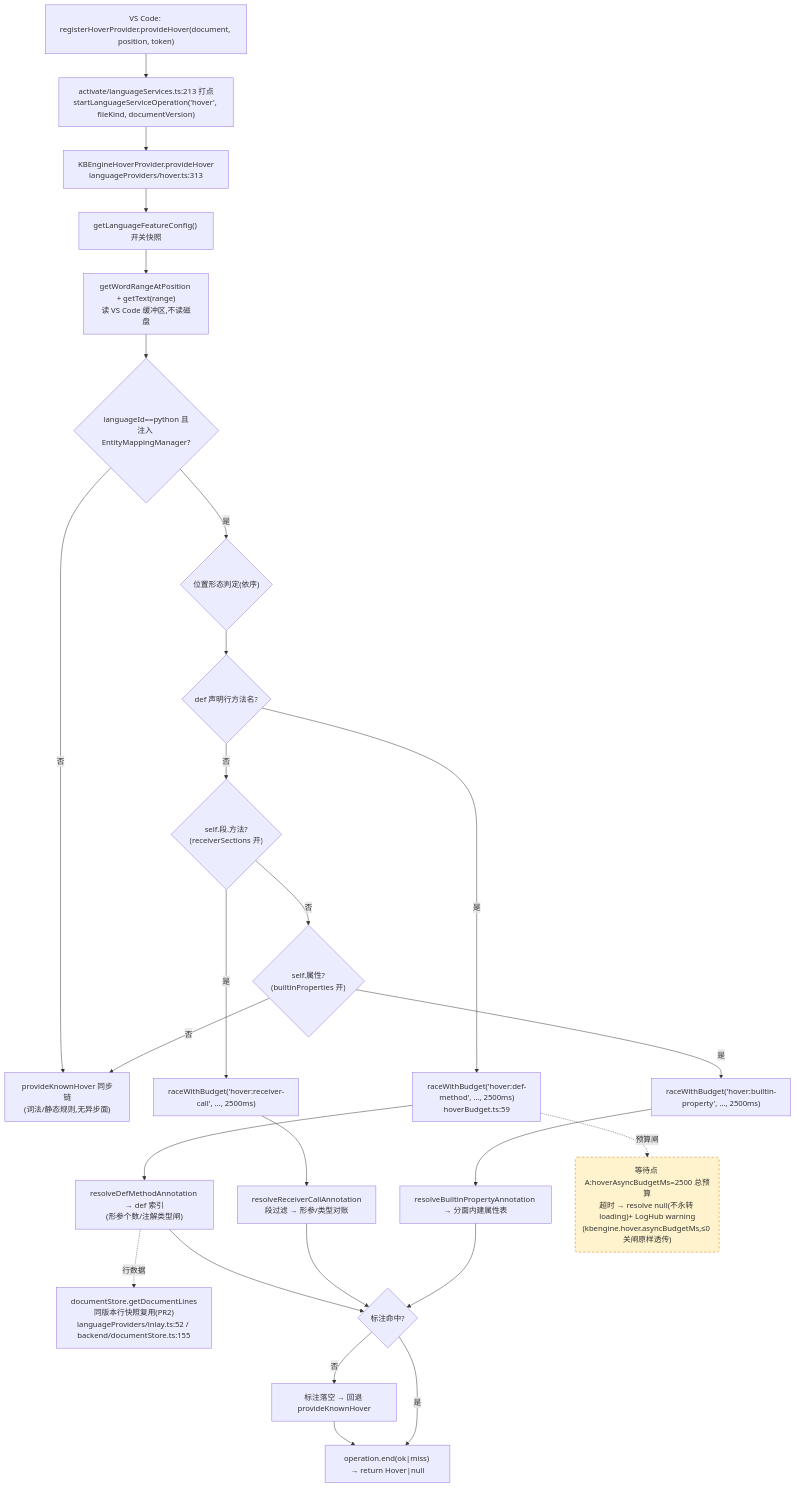
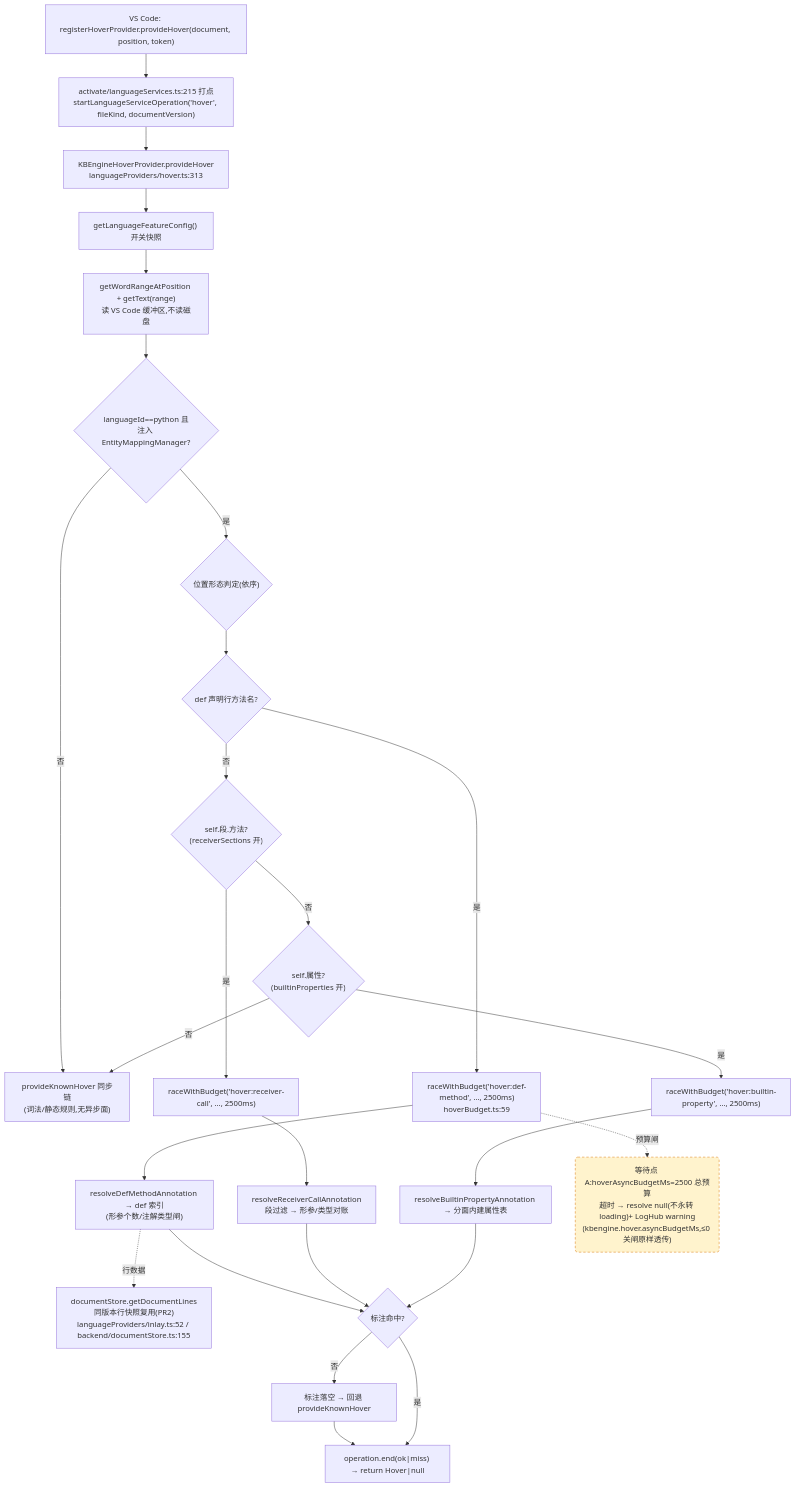
The first of 4 diagrams in docs/perf/2026-baseline.md (cuihairu/kode), drawn with Mermaid before and after one commit. The commit also changed other lines of this file and 23 other files, not shown here.

````diff
--- a/docs/perf/2026-baseline.md
+++ b/docs/perf/2026-baseline.md
@@ -99,45 +100,45 @@
 ```mermaid
 flowchart TD
   VC1["VS Code: registerHoverProvider.provideHover(document, position, token)"]
-  M1["activate/languageServices.ts:213 打点<br/>startLanguageServiceOperation('hover', fileKind, documentVersion)"]
+  M1["activate/languageServices.ts:215 打点<br/>startLanguageServiceOperation('hover', fileKind, documentVersion)"]
   HP["KBEngineHoverProvider.provideHover<br/>languageProviders/hover.ts:313"]
   CFG["getLanguageFeatureConfig() 开关快照"]
   WORD["getWordRangeAtPosition + getText(range)<br/>读 VS Code 缓冲区,不读磁盘"]
   BR{"languageId==python 且<br/>注入 EntityMappingManager?"}
   KN["provideKnownHover 同步链<br/>(词法/静态规则,无异步面)"]
   POS{"位置形态判定(依序)"}
   D1{"def 声明行方法名?"}
   D2{"self.段.方法?<br/>(receiverSections 开)"}
   D3{"self.属性?<br/>(builtinProperties 开)"}
   RA1["raceWithBudget('hover:def-method', …, 2500ms)<br/>hoverBudget.ts:59"]
   RA2["raceWithBudget('hover:receiver-call', …, 2500ms)"]
   RA3["raceWithBudget('hover:builtin-property', …, 2500ms)"]
   RS1["resolveDefMethodAnnotation → def 索引<br/>(形参个数/注解类型闸)"]
   RS2["resolveReceiverCallAnnotation<br/>段过滤 → 形参/类型对账"]
   RS3["resolveBuiltinPropertyAnnotation → 分面内建属性表"]
   LINES["documentStore.getDocumentLines<br/>同版本行快照复用(PR2)<br/>languageProviders/inlay.ts:52 / backend/documentStore.ts:155"]
   MISS["标注落空 → 回退 provideKnownHover"]
   END1["operation.end(ok|miss) → return Hover|null"]
 
   VC1 --> M1 --> HP --> CFG --> WORD --> BR
   BR -- "否" --> KN
   BR -- "是" --> POS --> D1
   D1 -- "是" --> RA1 --> RS1
   D1 -- "否" --> D2
   D2 -- "是" --> RA2 --> RS2
   D2 -- "否" --> D3
   D3 -- "是" --> RA3 --> RS3
   D3 -- "否" --> KN
   RS1 --> HIT{"标注命中?"}
   RS2 --> HIT
   RS3 --> HIT
   RS1 -.->|行数据| LINES
   HIT -- "否" --> MISS --> END1
   HIT -- "是" --> END1
 
   WAITA("等待点 A:hoverAsyncBudgetMs=2500 总预算<br/>超时 → resolve null(不永转 loading)+ LogHub warning<br/>(kbengine.hover.asyncBudgetMs,≤0 关闸原样透传)")
   RA1 -.->|预算闸| WAITA
 
   classDef waitPoint fill:#fff3cd,stroke:#d97706,stroke-dasharray:5 4;
   class WAITA waitPoint;
 ```
````
